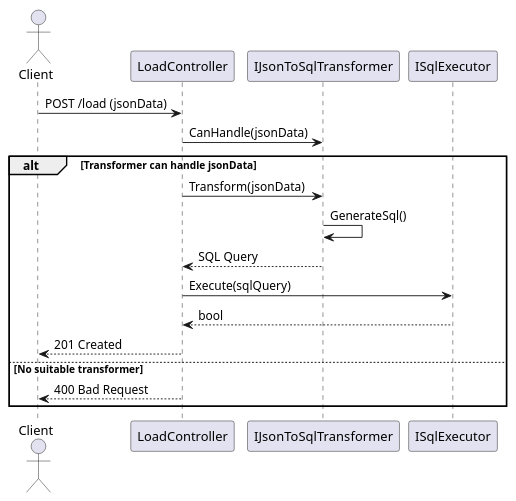
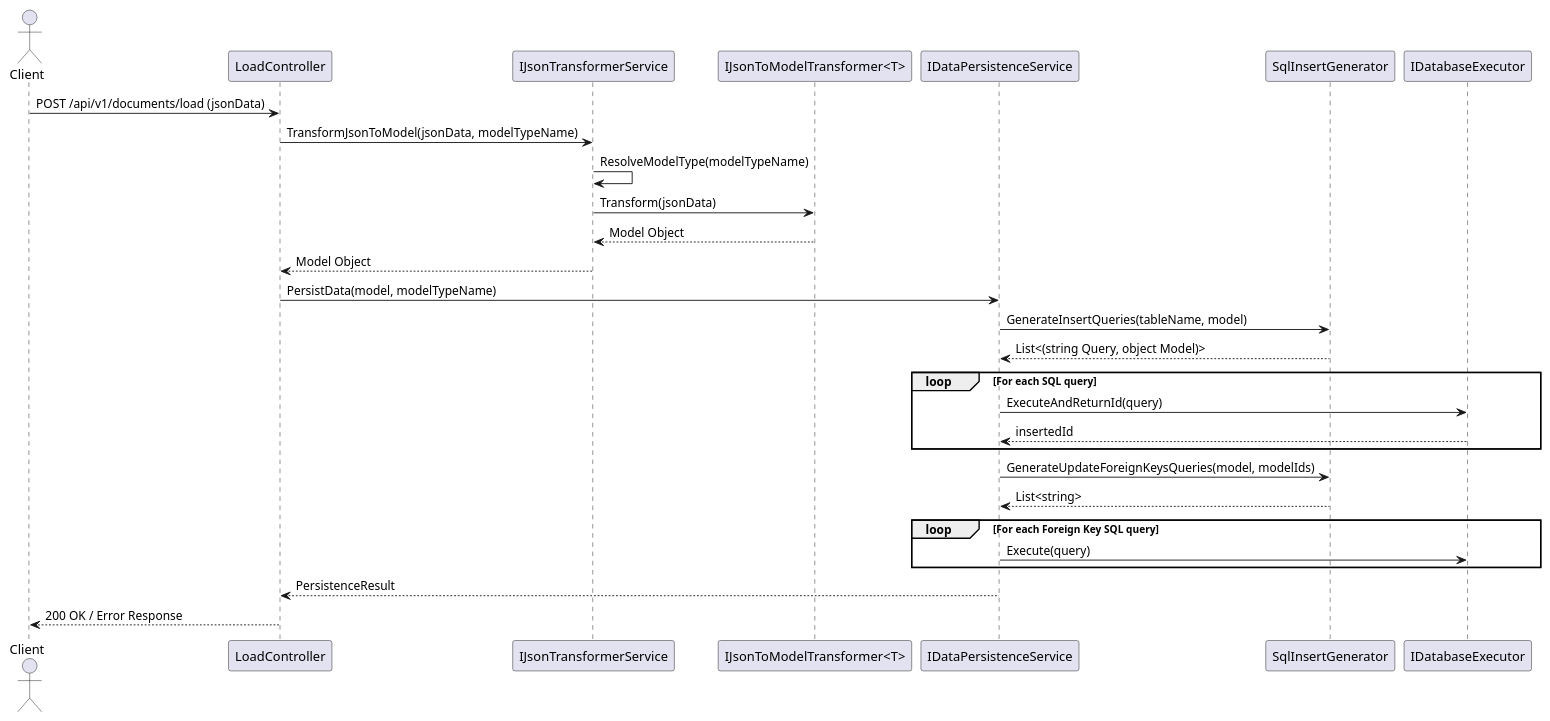
One commit to CPNV-ES-BI1-RIA2-ETL-INTERNAL-SOURCE/INTERNAL-SOURCE-LOAD changed the diagram in docs/Sequence_Diagramme.puml. Above: the diagram before and after it, drawn with PlantUML. The commit also changed 1 other file, not shown here.

Commit message:
docs: Update class and sequence diagrams

```diff
--- a/docs/Sequence_Diagramme.puml
+++ b/docs/Sequence_Diagramme.puml
@@ -1,24 +1,40 @@
 @startuml
 
 actor Client
 
-' Define the controller and its collaborators
+' Define all participants in the system
 participant "LoadController" as Controller
-participant "IJsonToSqlTransformer" as Transformer
-participant "ISqlExecutor" as Executor
+participant "IJsonTransformerService" as TransformerService
+participant "IJsonToModelTransformer<T>" as ModelTransformer
+participant "IDataPersistenceService" as PersistenceService
+participant "SqlInsertGenerator" as SqlGenerator
+participant "IDatabaseExecutor" as Executor
 
 ' Sequence flow
-Client -> Controller : POST /load (jsonData)
-Controller -> Transformer : CanHandle(jsonData)
-alt Transformer can handle jsonData
-    Controller -> Transformer : Transform(jsonData)
-    Transformer -> Transformer : GenerateSql()
-    Transformer --> Controller : SQL Query
-    Controller -> Executor : Execute(sqlQuery)
-    Executor --> Controller : bool
-    Controller --> Client : 201 Created
-else No suitable transformer
-    Controller --> Client : 400 Bad Request
+Client -> Controller : POST /api/v1/documents/load (jsonData)
+Controller -> TransformerService : TransformJsonToModel(jsonData, modelTypeName)
+TransformerService -> TransformerService : ResolveModelType(modelTypeName)
+TransformerService -> ModelTransformer : Transform(jsonData)
+ModelTransformer --> TransformerService : Model Object
+TransformerService --> Controller : Model Object
+
+Controller -> PersistenceService : PersistData(model, modelTypeName)
+PersistenceService -> SqlGenerator : GenerateInsertQueries(tableName, model)
+SqlGenerator --> PersistenceService : List<(string Query, object Model)>
+
+loop For each SQL query
+    PersistenceService -> Executor : ExecuteAndReturnId(query)
+    Executor --> PersistenceService : insertedId
 end
 
+PersistenceService -> SqlGenerator : GenerateUpdateForeignKeysQueries(model, modelIds)
+SqlGenerator --> PersistenceService : List<string>
+
+loop For each Foreign Key SQL query
+    PersistenceService -> Executor : Execute(query)
+end
+
+PersistenceService --> Controller : PersistenceResult
+Controller --> Client : 200 OK / Error Response
+
 @enduml
```
